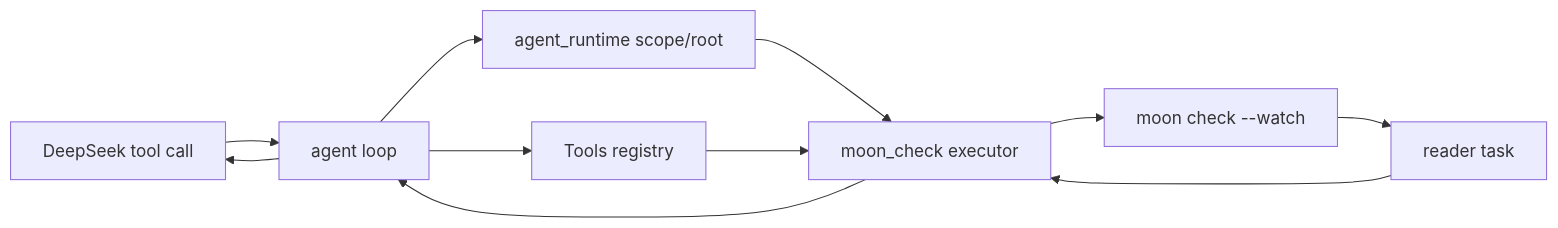
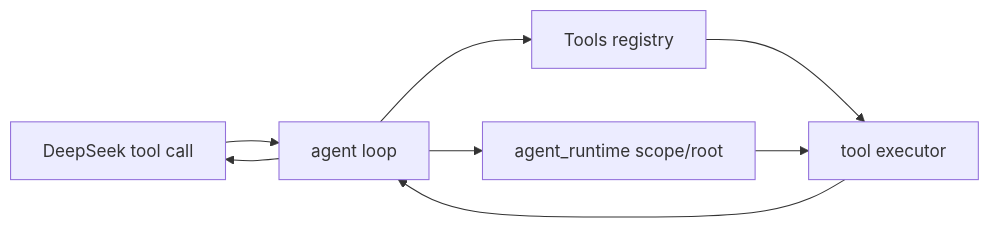
One commit to vectie/openseek changed the diagram in agent_tool/README.mbt.md. Above: the diagram before and after it, drawn with Mermaid. The commit also changed other lines of this file and 17 other files, not shown here.

First line of the commit message:
refactor(agent_tool): remove the retired moon_check tool package

````diff
--- a/agent_tool/README.mbt.md
+++ b/agent_tool/README.mbt.md
@@ -56,13 +55,10 @@
 ```mermaid
 flowchart LR
   Model[DeepSeek tool call] --> Agent[agent loop]
   Agent --> Tools[Tools registry]
   Agent --> Runtime[agent_runtime scope/root]
-  Runtime --> MoonCheck
-  Tools --> MoonCheck[moon_check executor]
-  MoonCheck --> Watcher[moon check --watch]
-  Watcher --> Monitor[reader task]
-  Monitor --> MoonCheck
-  MoonCheck --> Agent
+  Tools --> Executor[tool executor]
+  Runtime --> Executor
+  Executor --> Agent
   Agent --> Model
 ```
````
